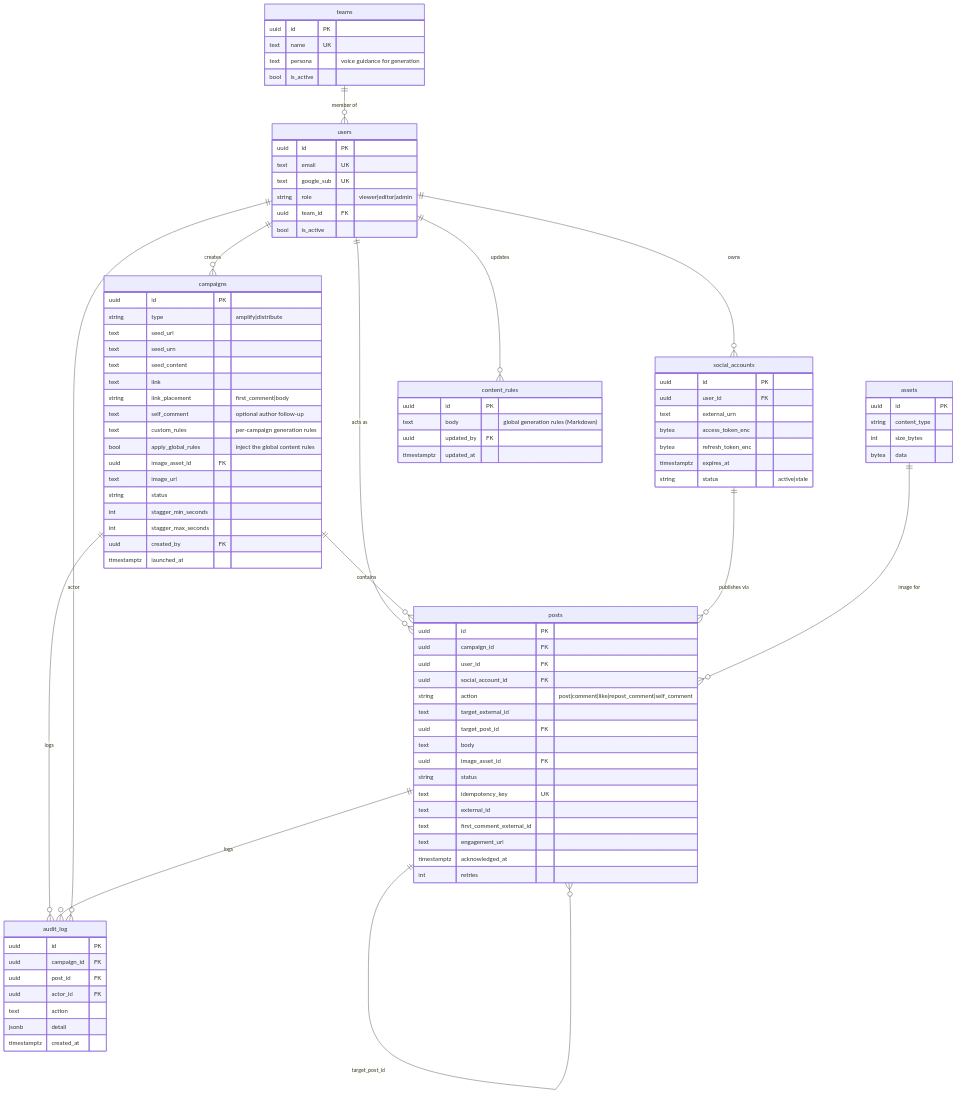
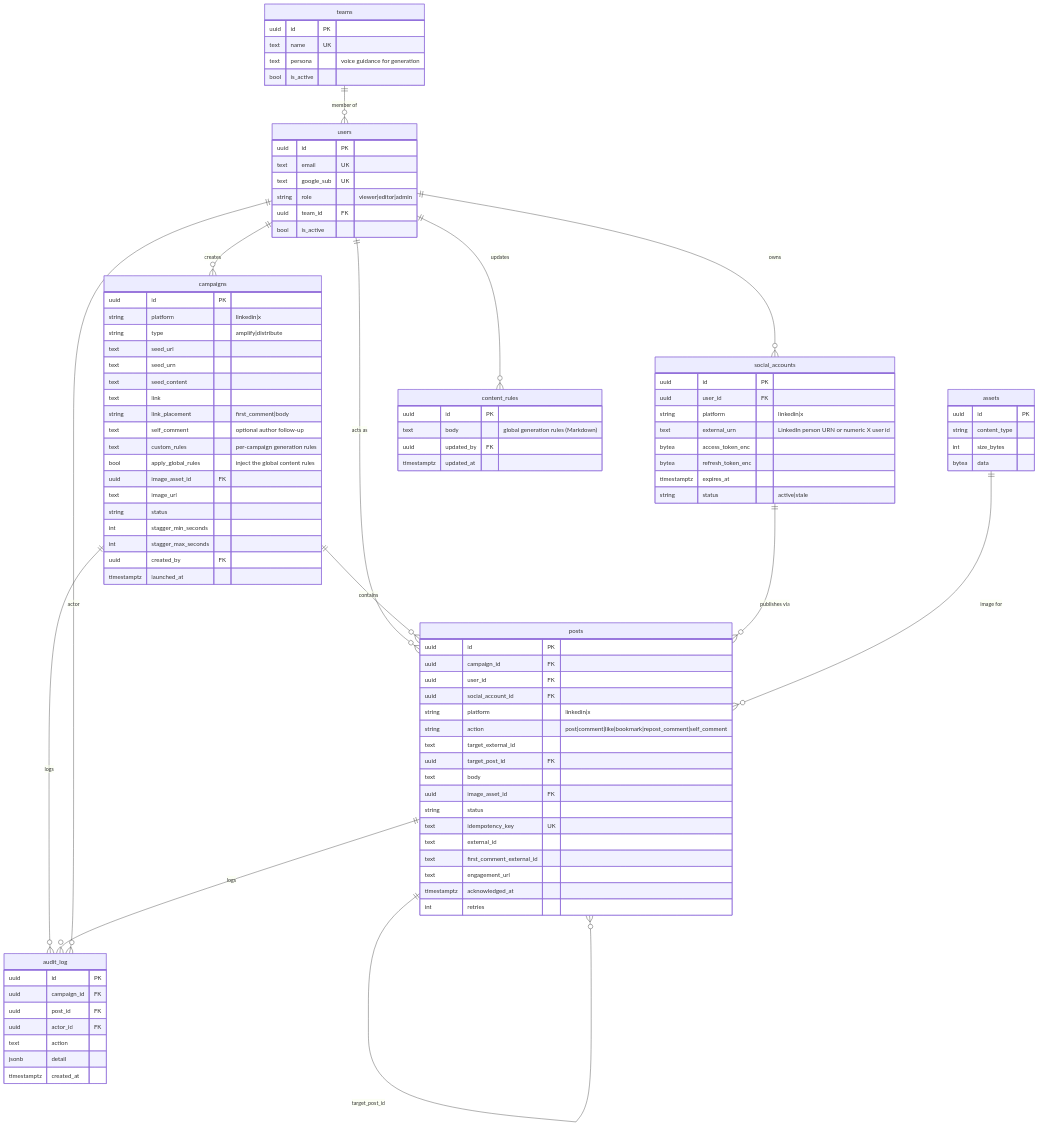
One commit to S1LV3RJ1NX/superHype changed the fourth of 7 diagrams in docs/ARCHITECTURE.md. Above: the diagram before and after it, drawn with Mermaid. The commit also changed other lines of this file and 18 other files, not shown here.

```diff
--- a/docs/ARCHITECTURE.md
+++ b/docs/ARCHITECTURE.md
@@ -195,7 +213,8 @@
     social_accounts {
         uuid id PK
         uuid user_id FK
-        text external_urn
+        string platform "linkedin|x"
+        text external_urn "LinkedIn person URN or numeric X user id"
         bytea access_token_enc
         bytea refresh_token_enc
         timestamptz expires_at
@@ -203,6 +222,7 @@
     }
     campaigns {
         uuid id PK
+        string platform "linkedin|x"
         string type "amplify|distribute"
         text seed_url
         text seed_urn
@@ -225,7 +245,8 @@
         uuid campaign_id FK
         uuid user_id FK
         uuid social_account_id FK
-        string action "post|comment|like|repost_comment|self_comment"
+        string platform "linkedin|x"
+        string action "post|comment|like|bookmark|repost_comment|self_comment"
         text target_external_id
         uuid target_post_id FK
         text body
```
